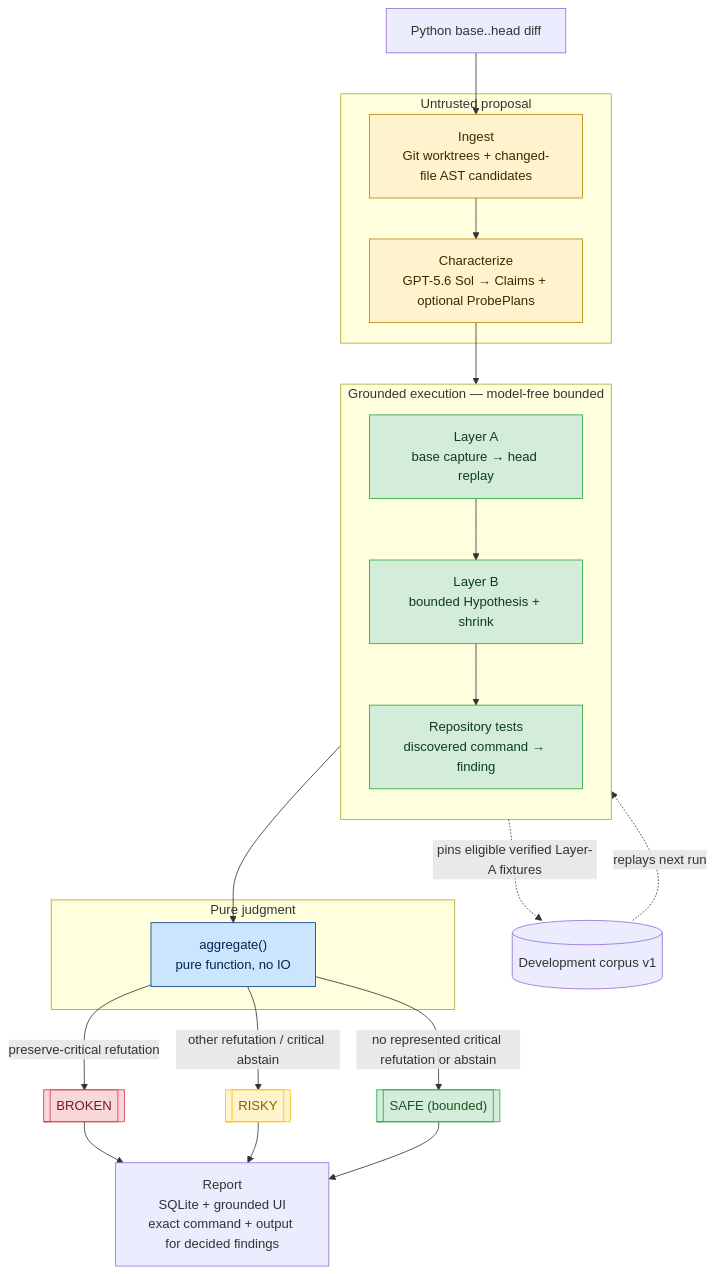
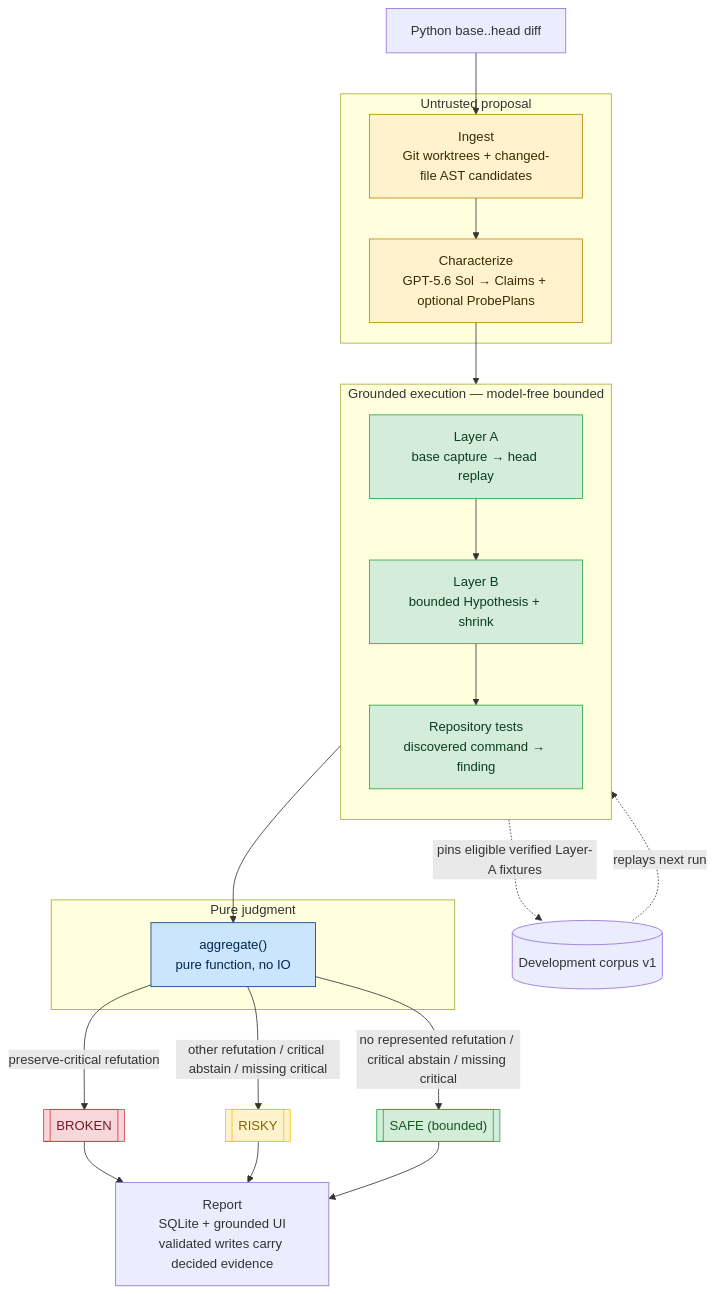
Before and after one commit to stefbuilds/cross-examine: the diagram in docs/architecture.md, drawn with Mermaid. The commit also changed other lines of this file and 16 other files, not shown here.

Commit message:
docs: complete research roadmap integration

````diff
--- a/docs/architecture.md
+++ b/docs/architecture.md
@@ -9,47 +9,47 @@
 ```mermaid
 flowchart TB
   PR["Python base..head diff"] --> I
 
   subgraph U["Untrusted proposal"]
     I["Ingest\nGit worktrees + changed-file AST candidates"] --> C["Characterize\nGPT-5.6 Sol → Claims + optional ProbePlans"]
   end
 
   subgraph EX["Grounded execution — model-free bounded"]
     direction TB
     LA["Layer A\nbase capture → head replay"] --> LB["Layer B\nbounded Hypothesis + shrink"]
     LB --> RT["Repository tests\ndiscovered command → finding"]
   end
 
   C --> LA
 
   subgraph J["Pure judgment"]
     AG["aggregate()\npure function, no IO"]
   end
 
   RT --> AG
 
   AG -->|preserve-critical refutation| BROKEN[["BROKEN"]]
-  AG -->|other refutation / critical abstain| RISKY[["RISKY"]]
-  AG -->|no represented critical refutation or abstain| SAFE[["SAFE (bounded)"]]
+  AG -->|other refutation / critical abstain / missing critical| RISKY[["RISKY"]]
+  AG -->|no represented refutation / critical abstain / missing critical| SAFE[["SAFE (bounded)"]]
 
-  BROKEN --> R["Report\nSQLite + grounded UI\nexact command + output for decided findings"]
+  BROKEN --> R["Report\nSQLite + grounded UI\nvalidated writes carry decided evidence"]
   RISKY --> R
   SAFE --> R
 
   LA -.->|pins eligible verified Layer-A fixtures| P[("Development corpus v1")]
   P -.->|replays next run| LA
 
   classDef untrusted fill:#fff3cd,stroke:#b8860b,color:#3d2b00
   classDef grounded fill:#d4edda,stroke:#28a745,color:#0b3d1e
   classDef pure fill:#cce5ff,stroke:#004085,color:#00264d
   classDef broken fill:#f8d7da,stroke:#dc3545,color:#721c24
   classDef risky fill:#fff3cd,stroke:#ffc107,color:#856404
   classDef safe fill:#d4edda,stroke:#28a745,color:#155724
 
   class I,C untrusted
   class LA,LB,RT grounded
   class AG pure
   class BROKEN broken
   class RISKY risky
   class SAFE safe
 ```
````
